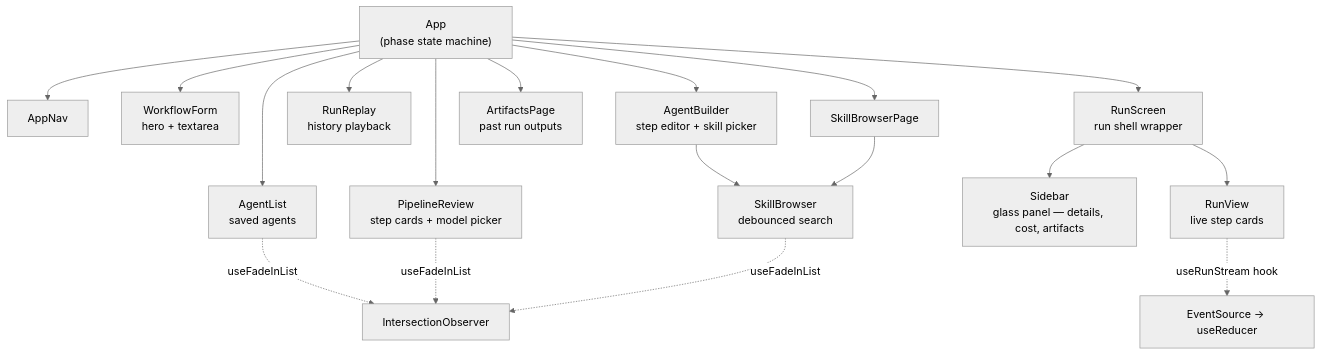
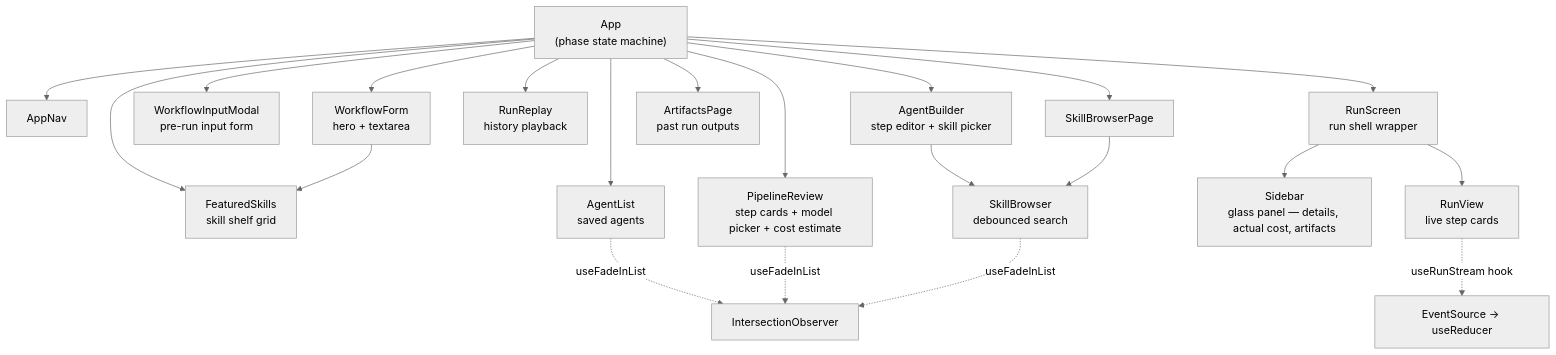
Before and after one commit to manticorevault/agentique: the fifth of 6 diagrams in README.md, drawn with Mermaid (neutral theme). The commit also changed other lines of this file, not shown here.

````diff
--- a/README.md
+++ b/README.md
@@ -185,25 +209,28 @@
 ```mermaid
 graph TD
     App["App\n(phase state machine)"]
 
     App --> Nav[AppNav]
-    App --> WF[WorkflowForm\nhero + textarea]
-    App --> PR[PipelineReview\nstep cards + model picker]
+    App --> WF["WorkflowForm\nhero + textarea"]
+    App --> FS["FeaturedSkills\nskill shelf grid"]
+    App --> PR["PipelineReview\nstep cards + model picker + cost estimate"]
+    App --> WIM["WorkflowInputModal\npre-run input form"]
     App --> RS[RunScreen\nrun shell wrapper]
     App --> RR[RunReplay\nhistory playback]
     App --> AL[AgentList\nsaved agents]
     App --> AB[AgentBuilder\nstep editor + skill picker]
     App --> AP[ArtifactsPage\npast run outputs]
     App --> SKP[SkillBrowserPage]
 
+    WF --> FS
     RS --> RV[RunView\nlive step cards]
-    RS --> SB2[Sidebar\nglass panel — details, cost, artifacts]
+    RS --> SB2["Sidebar\nglass panel — details, actual cost, artifacts"]
 
     AB --> SKB[SkillBrowser\ndebounced search]
     SKP --> SKB
 
     RV -.->|useRunStream hook| SSE2[EventSource → useReducer]
     AL -.->|useFadeInList| IO[IntersectionObserver]
     PR -.->|useFadeInList| IO
     SKB -.->|useFadeInList| IO
 ```
````
